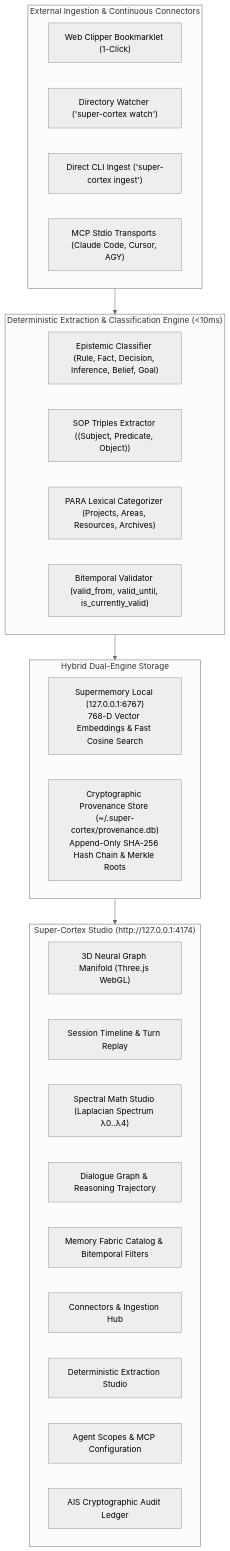
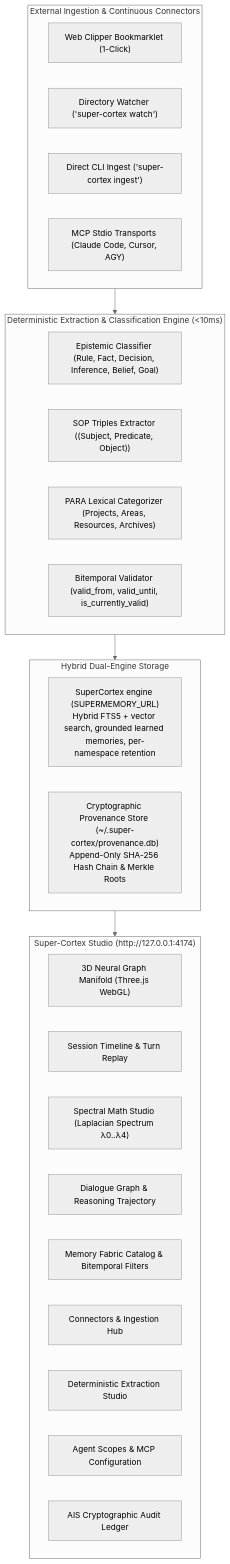
One commit to XibalbaTechSol/xibalba-cortex changed the diagram in README.md. Above: the diagram before and after it, drawn with Mermaid (neutral theme). The commit also changed other lines of this file and 2 other files, not shown here.

First line of the commit message:
docs(engine): document the SuperCortex engine, certainty floors, profile dating and cutover (#154)

````diff
--- a/README.md
+++ b/README.md
@@ -9,37 +9,37 @@
 ```mermaid
 flowchart TD
     subgraph ExternalSources["External Ingestion & Continuous Connectors"]
         A1["Web Clipper Bookmarklet (1-Click)"]
         A2["Directory Watcher ('super-cortex watch')"]
         A3["Direct CLI Ingest ('super-cortex ingest')"]
         A4["MCP Stdio Transports (Claude Code, Cursor, AGY)"]
     end
 
     subgraph ZeroInferenceEngine["Deterministic Extraction & Classification Engine (<10ms)"]
         B1["Epistemic Classifier (Rule, Fact, Decision, Inference, Belief, Goal)"]
         B2["SOP Triples Extractor ((Subject, Predicate, Object))"]
         B3["PARA Lexical Categorizer (Projects, Areas, Resources, Archives)"]
         B4["Bitemporal Validator (valid_from, valid_until, is_currently_valid)"]
     end
 
     subgraph StorageLedger["Hybrid Dual-Engine Storage"]
-        C1["Supermemory Local (127.0.0.1:6767)<br>768-D Vector Embeddings & Fast Cosine Search"]
+        C1["SuperCortex engine (SUPERMEMORY_URL)<br>Hybrid FTS5 + vector search, grounded learned memories, per-namespace retention"]
         C2["Cryptographic Provenance Store (~/.super-cortex/provenance.db)<br>Append-Only SHA-256 Hash Chain & Merkle Roots"]
     end
 
     subgraph StudioViewer["Super-Cortex Studio (http://127.0.0.1:4174)"]
         D1["3D Neural Graph Manifold (Three.js WebGL)"]
         D2["Session Timeline & Turn Replay"]
         D3["Spectral Math Studio (Laplacian Spectrum λ0..λ4)"]
         D4["Dialogue Graph & Reasoning Trajectory"]
         D5["Memory Fabric Catalog & Bitemporal Filters"]
         D6["Connectors & Ingestion Hub"]
         D7["Deterministic Extraction Studio"]
         D8["Agent Scopes & MCP Configuration"]
         D9["AIS Cryptographic Audit Ledger"]
     end
 
     ExternalSources --> ZeroInferenceEngine
     ZeroInferenceEngine --> StorageLedger
     StorageLedger --> StudioViewer
 ```
````
